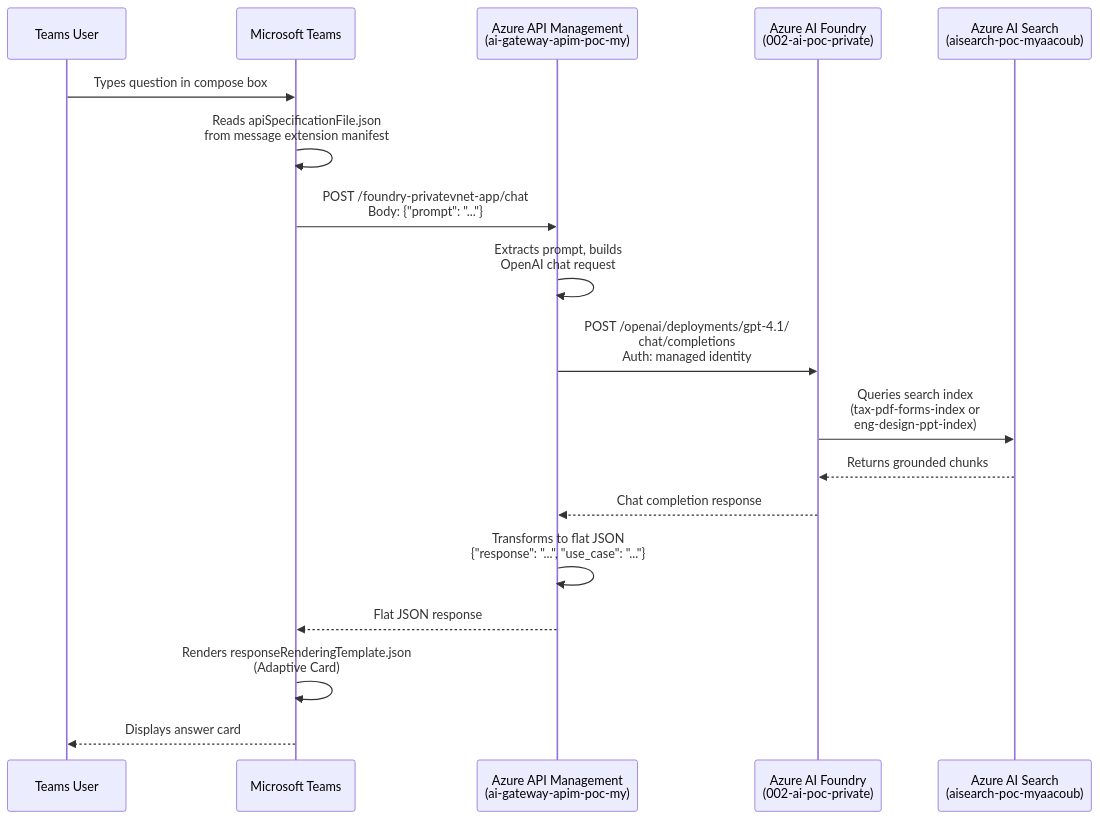
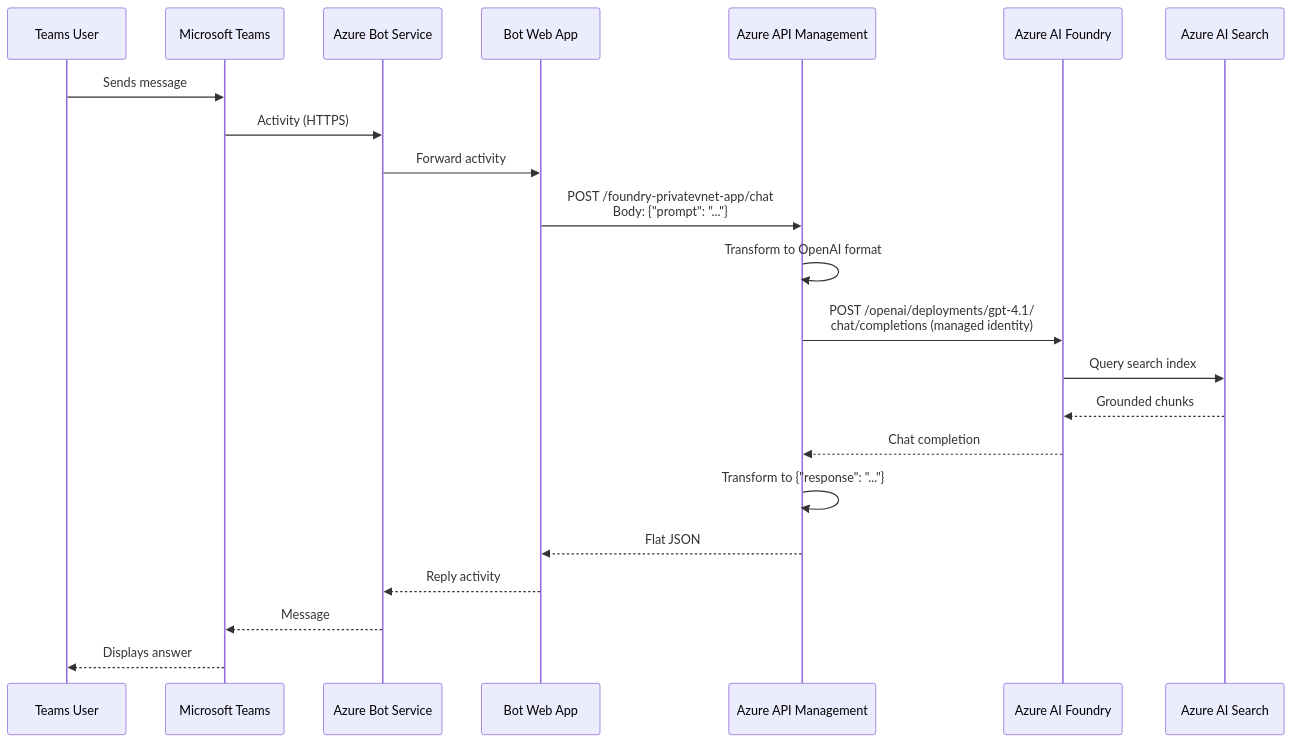
One commit to csdmichael/FoundryPrivateVNET-APIM-Gateway changed the diagram in README.md. Above: the diagram before and after it, drawn with Mermaid. The commit also changed other lines of this file and 2 other files, not shown here.

Commit message:
Teams - Bot - APIM - Foundry Agent

````diff
--- a/README.md
+++ b/README.md
@@ -284,21 +297,25 @@
 ```mermaid
 sequenceDiagram
     participant User as Teams User
     participant Teams as Microsoft Teams
-    participant APIM as Azure API Management<br/>(ai-gateway-apim-poc-my)
-    participant Foundry as Azure AI Foundry<br/>(002-ai-poc-private)
-    participant Search as Azure AI Search<br/>(aisearch-poc-myaacoub)
+    participant Bot as Azure Bot Service
+    participant BotApp as Bot Web App
+    participant APIM as Azure API Management
+    participant Foundry as Azure AI Foundry
+    participant Search as Azure AI Search
 
-    User->>Teams: Types question in compose box
-    Teams->>Teams: Reads apiSpecificationFile.json<br/>from message extension manifest
-    Teams->>APIM: POST /foundry-privatevnet-app/chat<br/>Body: {"prompt": "..."}
-    APIM->>APIM: Extracts prompt, builds<br/>OpenAI chat request
-    APIM->>Foundry: POST /openai/deployments/gpt-4.1/<br/>chat/completions<br/>Auth: managed identity
-    Foundry->>Search: Queries search index<br/>(tax-pdf-forms-index or<br/>eng-design-ppt-index)
-    Search-->>Foundry: Returns grounded chunks
-    Foundry-->>APIM: Chat completion response
-    APIM->>APIM: Transforms to flat JSON<br/>{"response": "...", "use_case": "..."}
-    APIM-->>Teams: Flat JSON response
-    Teams->>Teams: Renders responseRenderingTemplate.json<br/>(Adaptive Card)
-    Teams-->>User: Displays answer card
+    User->>Teams: Sends message
+    Teams->>Bot: Activity (HTTPS)
+    Bot->>BotApp: Forward activity
+    BotApp->>APIM: POST /foundry-privatevnet-app/chat<br/>Body: {"prompt": "..."}
+    APIM->>APIM: Transform to OpenAI format
+    APIM->>Foundry: POST /openai/deployments/gpt-4.1/<br/>chat/completions (managed identity)
+    Foundry->>Search: Query search index
+    Search-->>Foundry: Grounded chunks
+    Foundry-->>APIM: Chat completion
+    APIM->>APIM: Transform to {"response": "..."}
+    APIM-->>BotApp: Flat JSON
+    BotApp-->>Bot: Reply activity
+    Bot-->>Teams: Message
+    Teams-->>User: Displays answer
 ```
````
